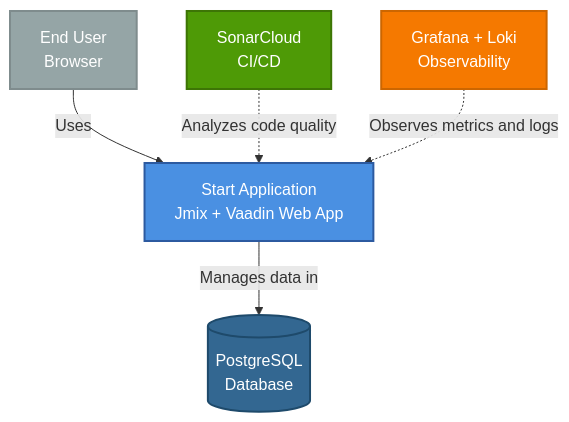
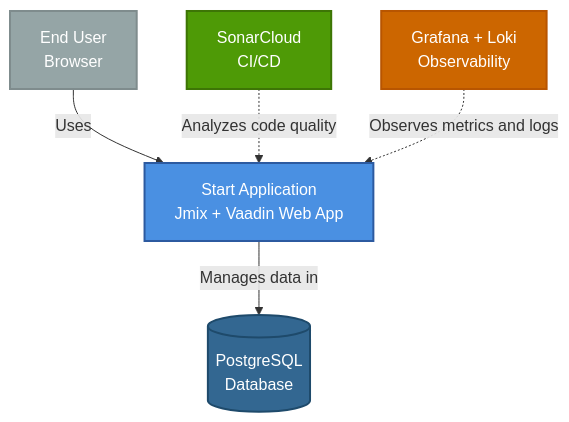
One commit to sovavibe/start changed the first of 11 diagrams in docs/architecture/ARCHITECTURE.md. Above: the diagram before and after it, drawn with Mermaid. The commit also changed other lines of this file and 103 other files, not shown here.

````diff
--- a/docs/architecture/ARCHITECTURE.md
+++ b/docs/architecture/ARCHITECTURE.md
@@ -17,19 +17,19 @@
 ```mermaid
 graph TB
     User[End User<br/>Browser]
     App[Start Application<br/>Jmix + Vaadin Web App]
     DB[(PostgreSQL<br/>Database)]
     Sonar[SonarCloud<br/>CI/CD]
     Grafana[Grafana + Loki<br/>Observability]
     
     User -->|Uses| App
     App -->|Manages data in| DB
     Sonar -.->|Analyzes code quality| App
     Grafana -.->|Observes metrics and logs| App
     
     style App fill:#4a90e2,stroke:#2c5aa0,stroke-width:2px,color:#fff
     style DB fill:#336791,stroke:#1e4a6b,stroke-width:2px,color:#fff
     style User fill:#95a5a6,stroke:#7f8c8d,stroke-width:2px,color:#fff
     style Sonar fill:#4e9a06,stroke:#3d7505,stroke-width:2px,color:#fff
-    style Grafana fill:#f57900,stroke:#cc6600,stroke-width:2px,color:#fff
+    style Grafana fill:#cc6600,stroke:#b85500,stroke-width:2px,color:#fff
 ```
````
